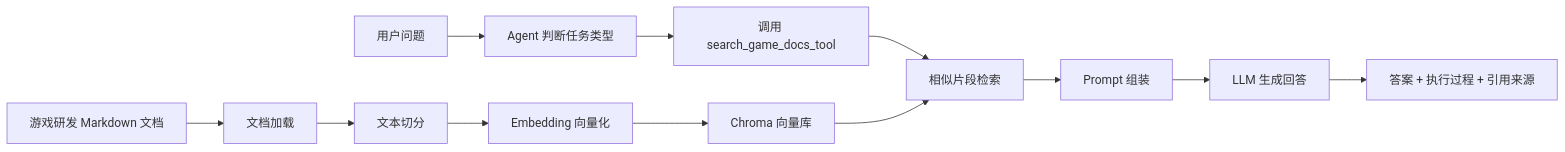
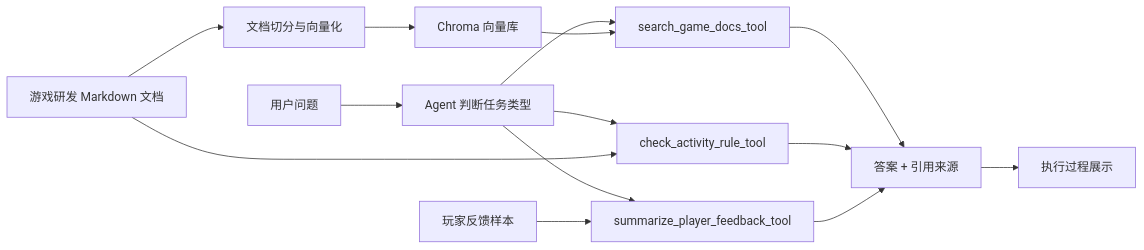
One commit to Munharis14/ai_game_multiscene_agent_demo changed the diagram in report/Demo说明.md. Above: the diagram before and after it, drawn with Mermaid. The commit also changed other lines of this file and 4 other files, not shown here.

````diff
--- a/report/Demo说明.md
+++ b/report/Demo说明.md
@@ -13,14 +13,16 @@
 ```mermaid
 flowchart LR
-    A["游戏研发 Markdown 文档"] --> B["文档加载"]
-    B --> C["文本切分"]
-    C --> D["Embedding 向量化"]
-    D --> E["Chroma 向量库"]
     F["用户问题"] --> X["Agent 判断任务类型"]
-    X --> Y["调用 search_game_docs_tool"]
-    Y --> G["相似片段检索"]
-    E --> G
-    G --> H["Prompt 组装"]
-    H --> I["LLM 生成回答"]
-    I --> J["答案 + 执行过程 + 引用来源"]
+    X --> T1["search_game_docs_tool"]
+    X --> T2["check_activity_rule_tool"]
+    X --> T3["summarize_player_feedback_tool"]
+    A["游戏研发 Markdown 文档"] --> B["文档切分与向量化"]
+    B --> E["Chroma 向量库"]
+    E --> T1
+    A --> T2
+    P["玩家反馈样本"] --> T3
+    T1 --> J["答案 + 引用来源"]
+    T2 --> J
+    T3 --> J
+    J --> K["执行过程展示"]
 ```
````
